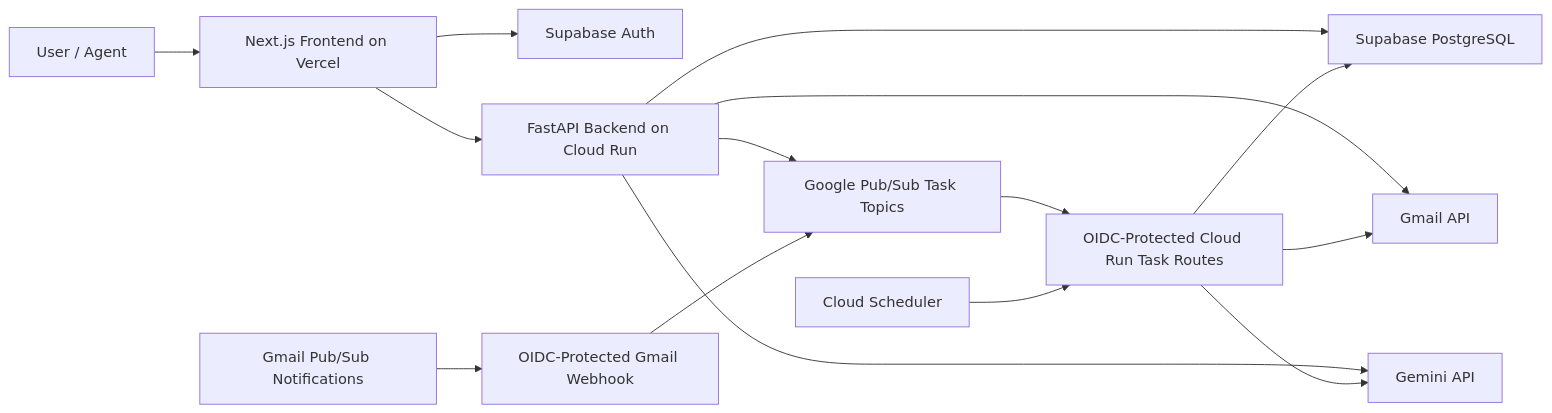
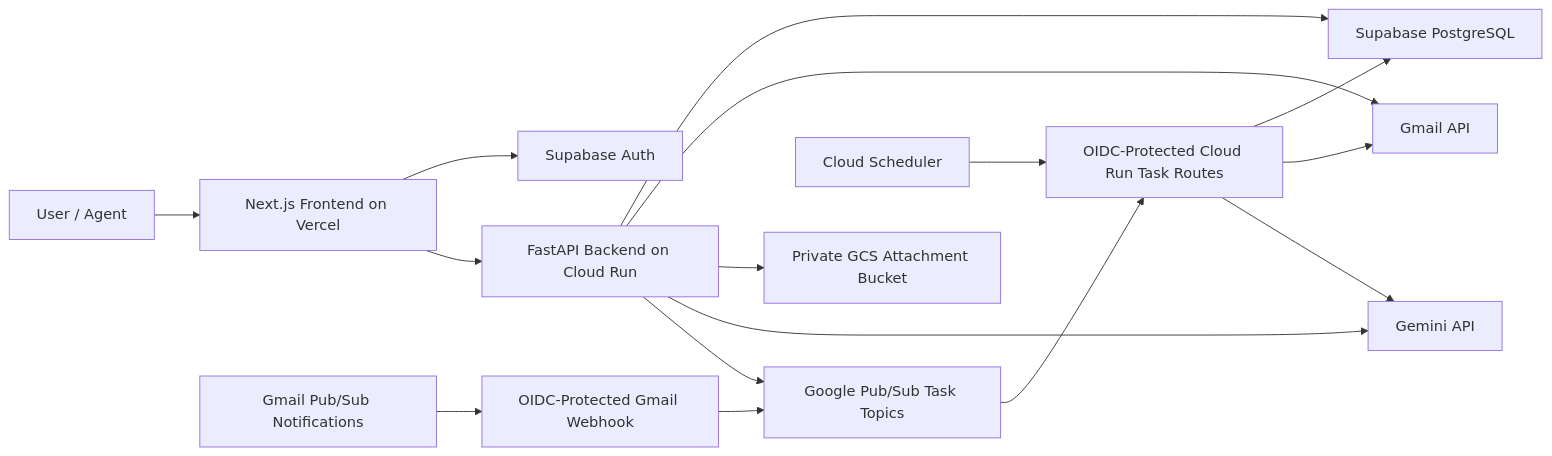
One commit to simonfab18/Sift---AI-Powered-Customer-Support-Triage-Platform- changed the first of 4 diagrams in docs/ARCHITECTURE.md. Above: the diagram before and after it, drawn with Mermaid. The commit also changed other lines of this file and 138 other files, not shown here.

````diff
--- a/docs/ARCHITECTURE.md
+++ b/docs/ARCHITECTURE.md
@@ -5,17 +5,18 @@
 ```mermaid
 flowchart LR
     User["User / Agent"] --> Web["Next.js Frontend on Vercel"]
     Web --> Auth["Supabase Auth"]
     Web --> API["FastAPI Backend on Cloud Run"]
     API --> DB["Supabase PostgreSQL"]
     API --> Gmail["Gmail API"]
+    API --> Storage["Private GCS Attachment Bucket"]
     API --> Gemini["Gemini API"]
     API --> TaskTopics["Google Pub/Sub Task Topics"]
     TaskTopics --> TaskRoutes["OIDC-Protected Cloud Run Task Routes"]
     TaskRoutes --> DB
     TaskRoutes --> Gmail
     TaskRoutes --> Gemini
     Scheduler["Cloud Scheduler"] --> TaskRoutes
     GmailNotifications["Gmail Pub/Sub Notifications"] --> Webhook["OIDC-Protected Gmail Webhook"]
     Webhook --> TaskTopics
 ```
````
